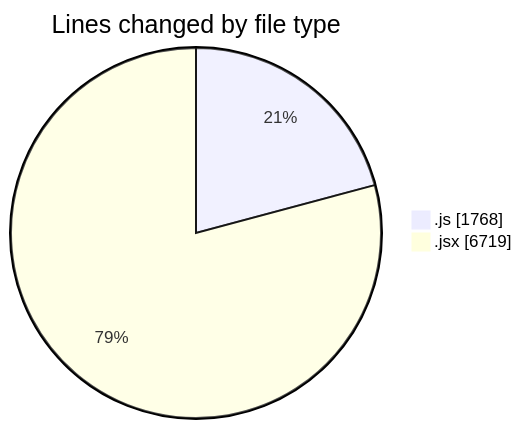
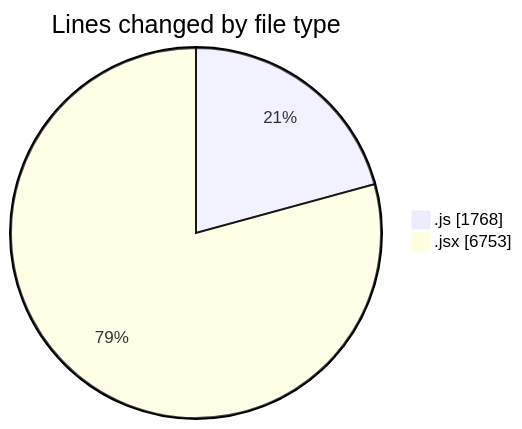
One commit to nxtqubesakshisongat/code-tracking changed the first of 2 diagrams in 2025-08-05/nxtqube_webapp/README.md. Above: the diagram before and after it, drawn with Mermaid. The commit also changed other lines of this file and 1 other file, not shown here.

````diff
--- a/2025-08-05/nxtqube_webapp/README.md
+++ b/2025-08-05/nxtqube_webapp/README.md
@@ -39,6 +39,6 @@
 ```mermaid
 pie showData
 title Lines changed by file type
 ".js" : 1768
-".jsx" : 6719
+".jsx" : 6753
 ```
````
